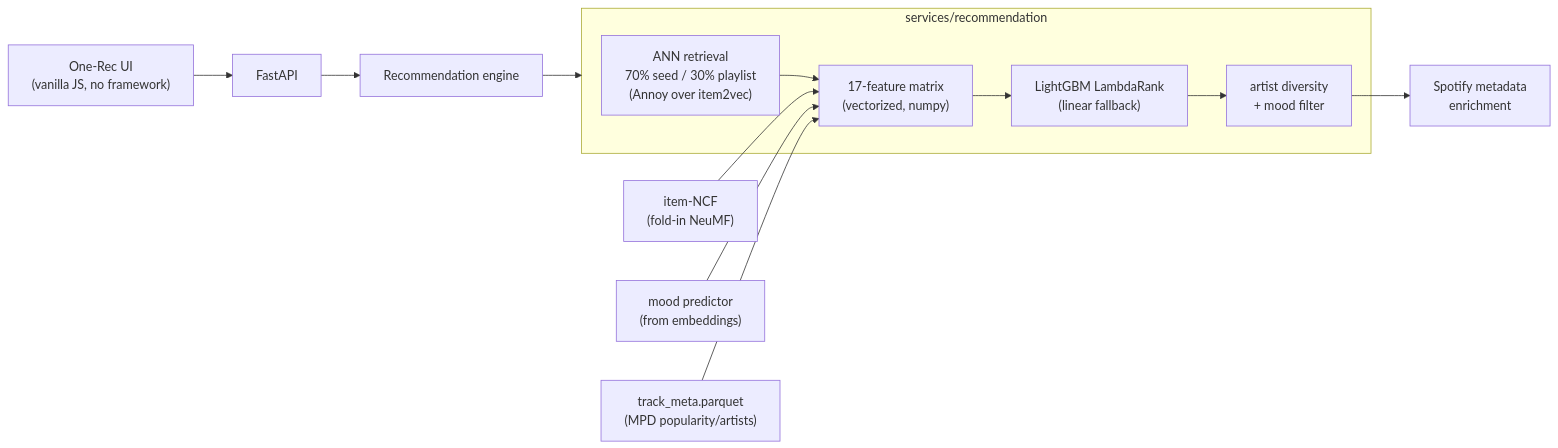
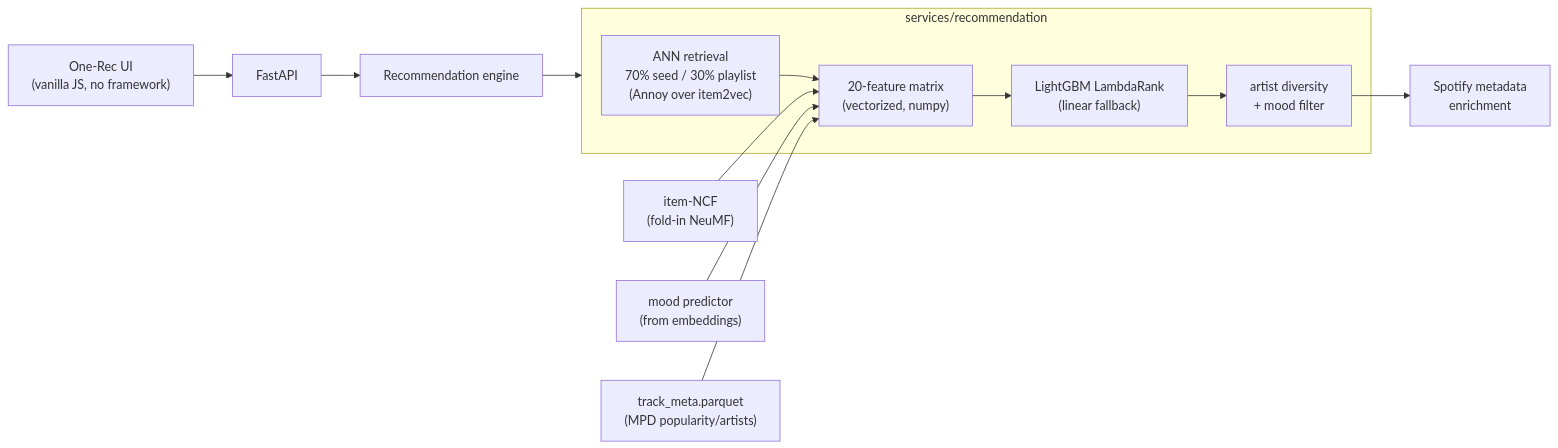
One commit to vincentvdo6/music-recommendation-system changed the diagram in README.md. Above: the diagram before and after it, drawn with Mermaid. The commit also changed other lines of this file and 1 other file, not shown here.

First line of the commit message:
Correct stale 17-feature references to 20

````diff
--- a/README.md
+++ b/README.md
@@ -20,19 +20,19 @@
 ```mermaid
 flowchart LR
     UI["One-Rec UI<br/>(vanilla JS, no framework)"] --> API["FastAPI"]
     API --> ENGINE["Recommendation engine"]
 
     subgraph ENGINE_DETAIL ["services/recommendation"]
         RETRIEVE["ANN retrieval<br/>70% seed / 30% playlist<br/>(Annoy over item2vec)"]
-        FEATURES["17-feature matrix<br/>(vectorized, numpy)"]
+        FEATURES["20-feature matrix<br/>(vectorized, numpy)"]
         RANK["LightGBM LambdaRank<br/>(linear fallback)"]
         DIVERSITY["artist diversity<br/>+ mood filter"]
         RETRIEVE --> FEATURES --> RANK --> DIVERSITY
     end
 
     ENGINE --> ENGINE_DETAIL
     NCF["item-NCF<br/>(fold-in NeuMF)"] --> FEATURES
     MOOD["mood predictor<br/>(from embeddings)"] --> FEATURES
     META["track_meta.parquet<br/>(MPD popularity/artists)"] --> FEATURES
     DIVERSITY --> SPOTIFY["Spotify metadata<br/>enrichment"]
 ```
````
